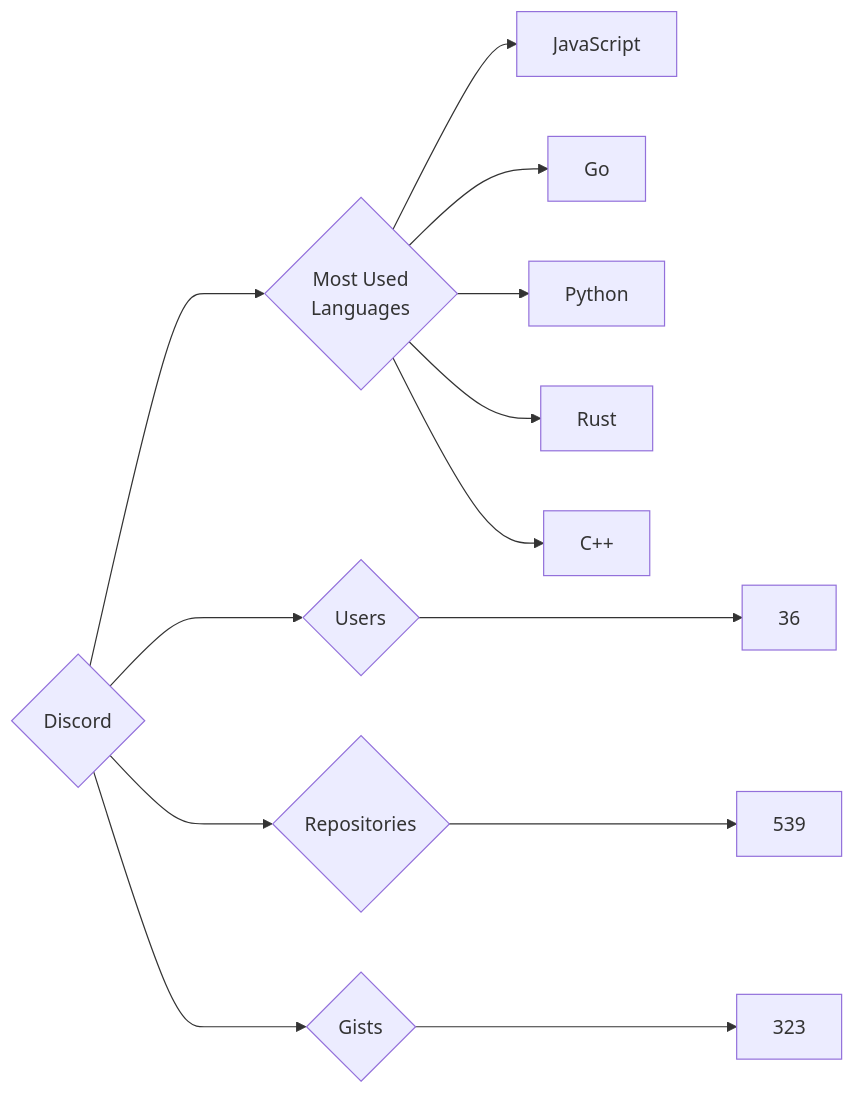
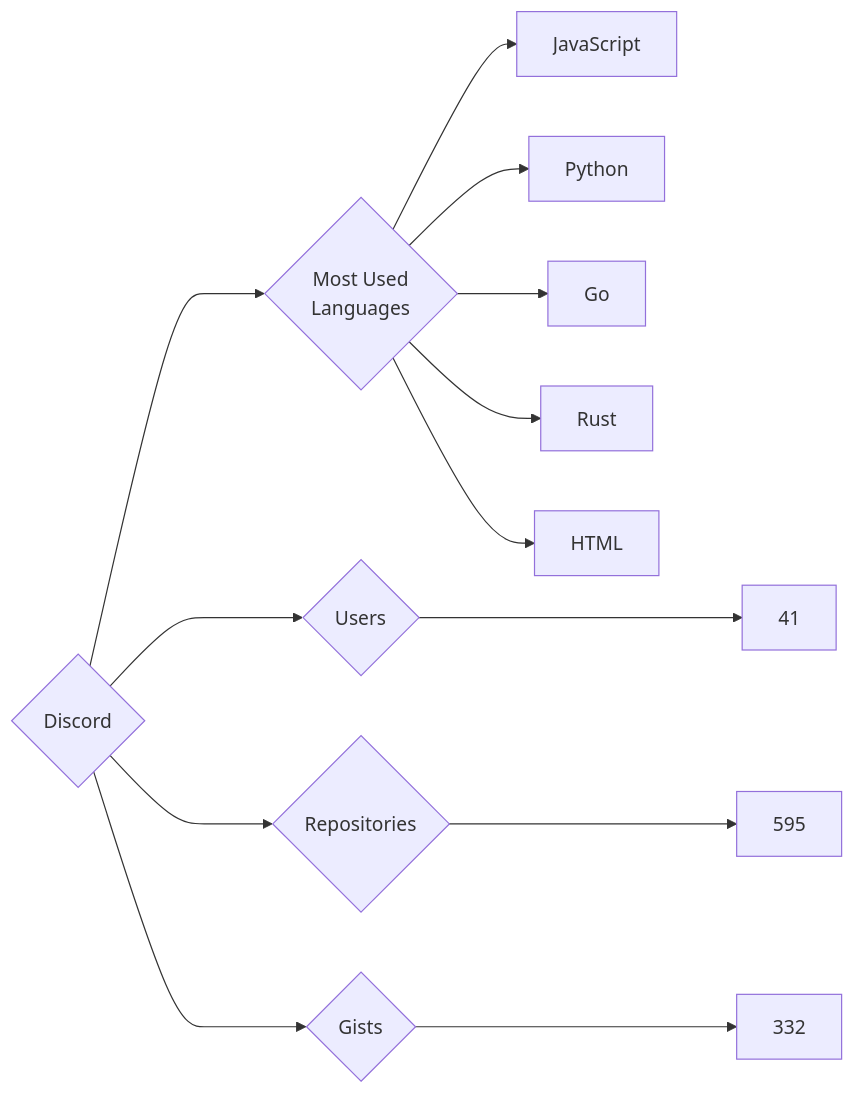
Before and after one commit to trickest/insiders: the diagram in targets/Discord/README.md, drawn with Mermaid. The commit also changed 925 other files, not shown here.

````diff
--- a/targets/Discord/README.md
+++ b/targets/Discord/README.md
@@ -3,13 +3,13 @@
 ```mermaid
 graph LR
 COMPANY_NAME{Discord}
-COMPANY_NAME ---> U{Users} ---> UN[36]
-COMPANY_NAME ---> R{Repositories} ---> RN[539]
-COMPANY_NAME ---> G{Gists} ---> GN[323]
+COMPANY_NAME ---> U{Users} ---> UN[41]
+COMPANY_NAME ---> R{Repositories} ---> RN[595]
+COMPANY_NAME ---> G{Gists} ---> GN[332]
 COMPANY_NAME ---> ML{Most Used<br>Languages}
 ML --> JavaScript[JavaScript]
+ML --> Python[Python]
 ML --> Go[Go]
-ML --> Python[Python]
 ML --> Rust[Rust]
-ML --> C++[C++]
+ML --> HTML[HTML]
 ```
````
